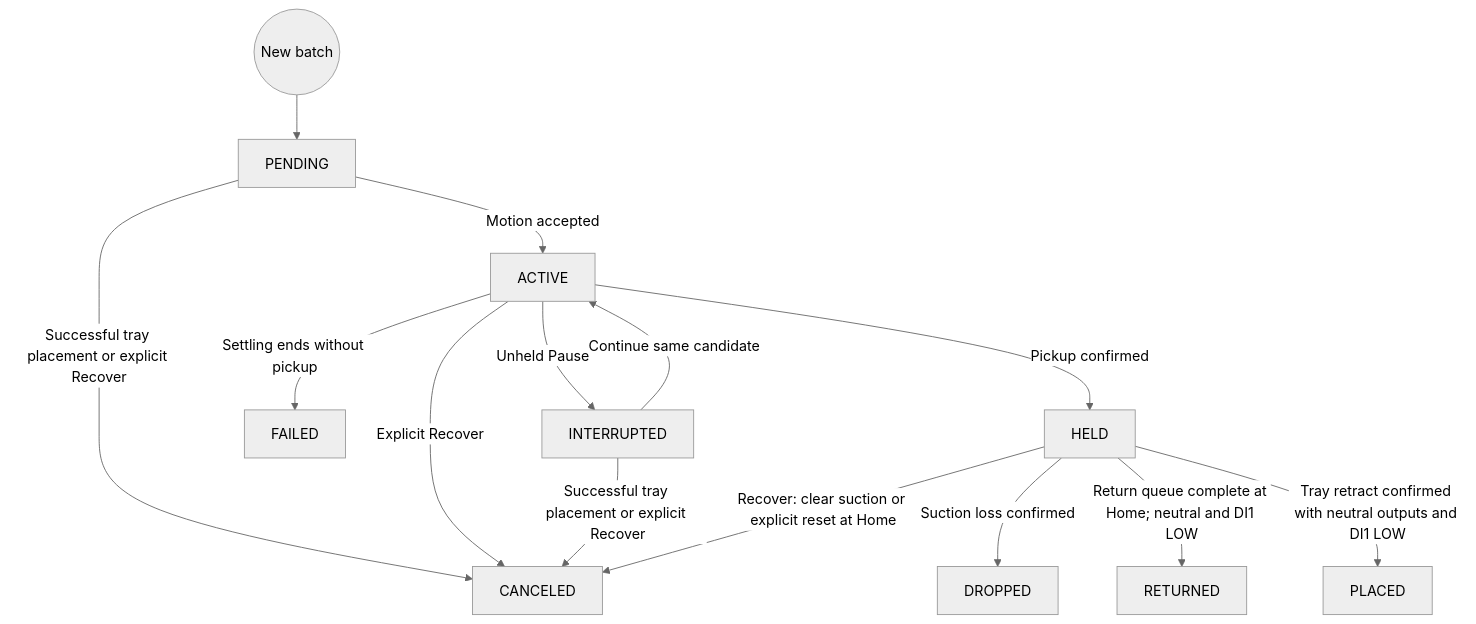
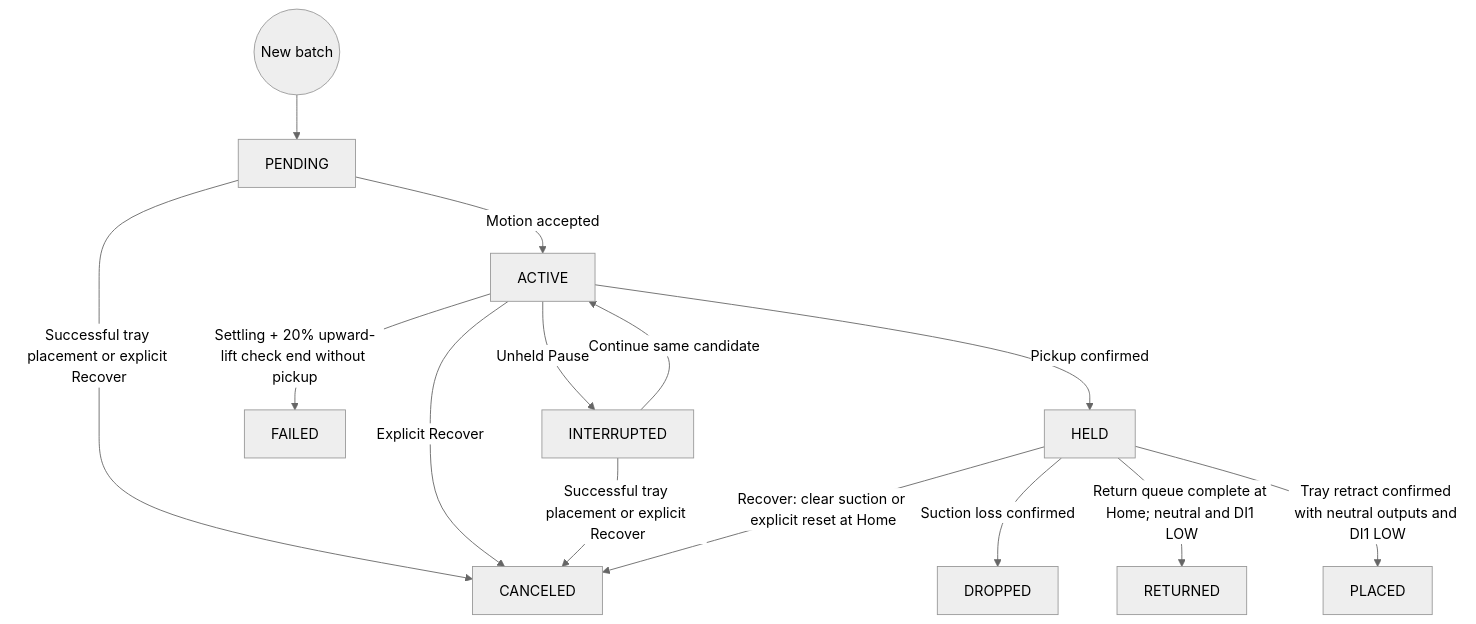
The fourth of 9 diagrams in docs/ROBOT_CONTROLLER_FSM.md (esgange/dobot_picknplace_yolo), drawn with Mermaid (neutral theme) before and after one commit. The commit also changed other lines of this file and 12 other files, not shown here.

Commit message:
Try a short suction-monitored lift before failing pickup

````diff
--- a/docs/ROBOT_CONTROLLER_FSM.md
+++ b/docs/ROBOT_CONTROLLER_FSM.md
@@ -721,16 +737,16 @@
 ```mermaid
 flowchart TD
     Batch((New batch)) --> PENDING
     PENDING -->|Motion accepted| ACTIVE
     ACTIVE -->|Unheld Pause| INTERRUPTED
     INTERRUPTED -->|Continue same candidate| ACTIVE
-    ACTIVE -->|Settling ends without pickup| FAILED
+    ACTIVE -->|Settling + 20% upward-lift check end without pickup| FAILED
     ACTIVE -->|Pickup confirmed| HELD
     HELD -->|Suction loss confirmed| DROPPED
     HELD -->|Return queue complete at Home; neutral and DI1 LOW| RETURNED
     HELD -->|Tray retract confirmed with neutral outputs and DI1 LOW| PLACED
     PENDING -->|Successful tray placement or explicit Recover| CANCELED
     ACTIVE -->|Explicit Recover| CANCELED
     INTERRUPTED -->|Successful tray placement or explicit Recover| CANCELED
     HELD -->|Recover: clear suction or explicit reset at Home| CANCELED
 ```
````
